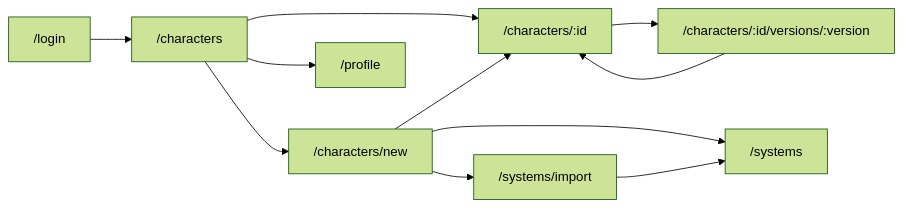
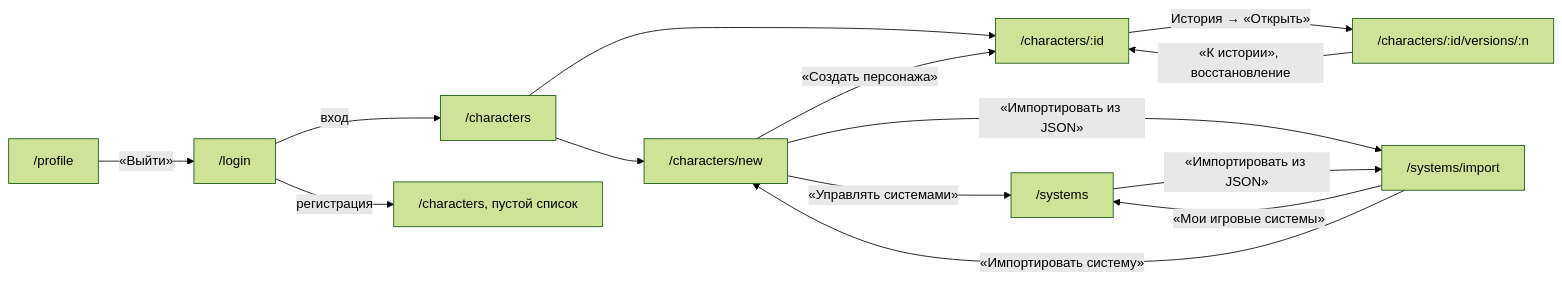
Before and after one commit to Smert-Interactive/DiceBound-docs: the diagram in ui-ux.md, drawn with Mermaid (forest theme). The commit also changed other lines of this file, not shown here.

````diff
--- a/ui-ux.md
+++ b/ui-ux.md
@@ -187,13 +278,16 @@
 ```mermaid
 flowchart LR
-    Login["/login"] --> Characters["/characters"]
+    Login["/login"] -->|вход| Characters["/characters"]
+    Login -->|регистрация| Empty["/characters, пустой список"]
     Characters --> Create["/characters/new"]
     Characters --> Character["/characters/:id"]
-    Create --> Character
-    Create --> Systems["/systems"]
-    Create --> Import["/systems/import"]
-    Import --> Systems
-    Character --> Version["/characters/:id/versions/:version"]
-    Version --> Character
-    Characters --> Profile["/profile"]
+    Create -->|«Создать персонажа»| Character
+    Create -->|«Управлять системами»| Systems["/systems"]
+    Create -->|«Импортировать из JSON»| Import["/systems/import"]
+    Import -->|«Мои игровые системы»| Systems
+    Import -->|«Импортировать систему»| Create
+    Systems -->|«Импортировать из JSON»| Import
+    Character -->|История → «Открыть»| Version["/characters/:id/versions/:n"]
+    Version -->|«К истории», восстановление| Character
+    Profile["/profile"] -->|«Выйти»| Login
 ```
````
